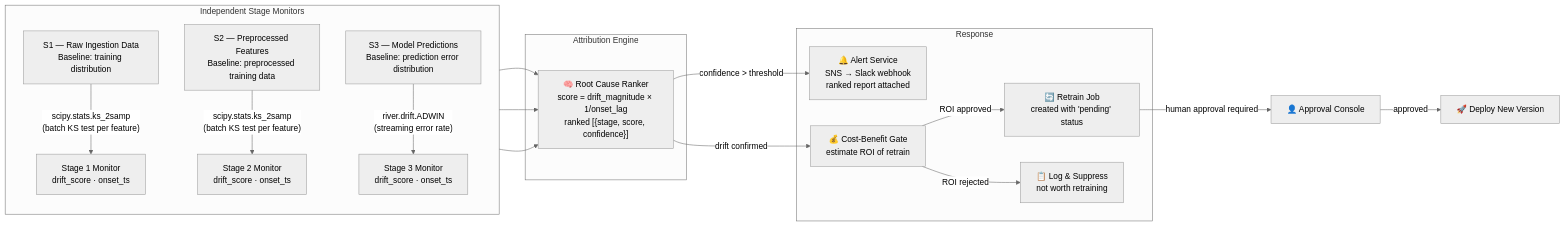
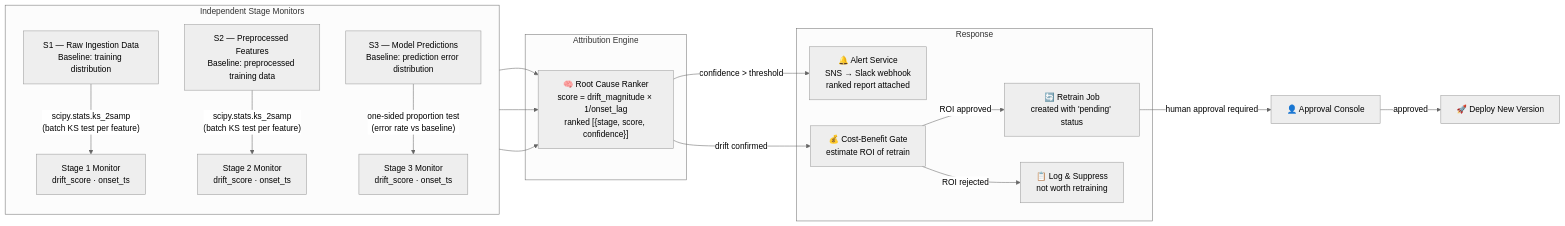
The second of 6 diagrams in docs/ARCHITECTURE.md (Dinesh-kumar9/Drift_Detection), drawn with Mermaid (neutral theme) before and after one commit. The commit also changed other lines of this file and 18 other files, not shown here.

````diff
--- a/docs/ARCHITECTURE.md
+++ b/docs/ARCHITECTURE.md
@@ -97,35 +97,35 @@
 ```mermaid
 flowchart LR
     subgraph Stages["Independent Stage Monitors"]
         direction TB
         S1["S1 — Raw Ingestion Data\nBaseline: training distribution"]
         S2["S2 — Preprocessed Features\nBaseline: preprocessed training data"]
         S3["S3 — Model Predictions\nBaseline: prediction error distribution"]
 
         S1 -->|"scipy.stats.ks_2samp\n(batch KS test per feature)"| M1["Stage 1 Monitor\ndrift_score · onset_ts"]
         S2 -->|"scipy.stats.ks_2samp\n(batch KS test per feature)"| M2["Stage 2 Monitor\ndrift_score · onset_ts"]
-        S3 -->|"river.drift.ADWIN\n(streaming error rate)"| M3["Stage 3 Monitor\ndrift_score · onset_ts"]
+        S3 -->|"one-sided proportion test\n(error rate vs baseline)"| M3["Stage 3 Monitor\ndrift_score · onset_ts"]
     end
 
     subgraph Attribution["Attribution Engine"]
         ATT["🧠 Root Cause Ranker\nscore = drift_magnitude × 1/onset_lag\nranked [{stage, score, confidence}]"]
     end
 
     subgraph Action["Response"]
         ALERT["🔔 Alert Service\nSNS → Slack webhook\nranked report attached"]
         GATE["💰 Cost-Benefit Gate\nestimate ROI of retrain"]
         RETRAIN["🔄 Retrain Job\ncreated with 'pending' status"]
         LOG["📋 Log & Suppress\nnot worth retraining"]
     end
 
     M1 --> ATT
     M2 --> ATT
     M3 --> ATT
 
     ATT -->|"confidence > threshold"| ALERT
     ATT -->|"drift confirmed"| GATE
     GATE -->|"ROI approved"| RETRAIN
     GATE -->|"ROI rejected"| LOG
     RETRAIN -->|"human approval required"| APPROVAL["👤 Approval Console"]
     APPROVAL -->|"approved"| DEPLOY["🚀 Deploy New Version"]
 ```
````
